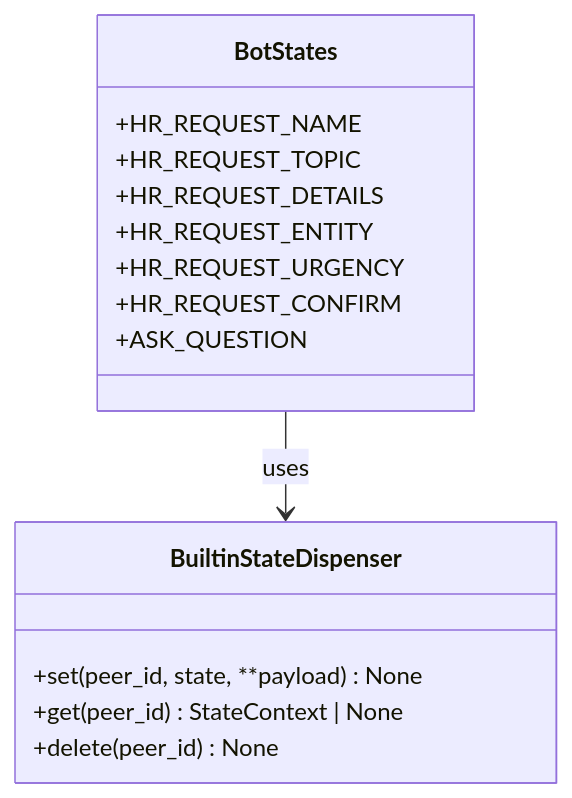
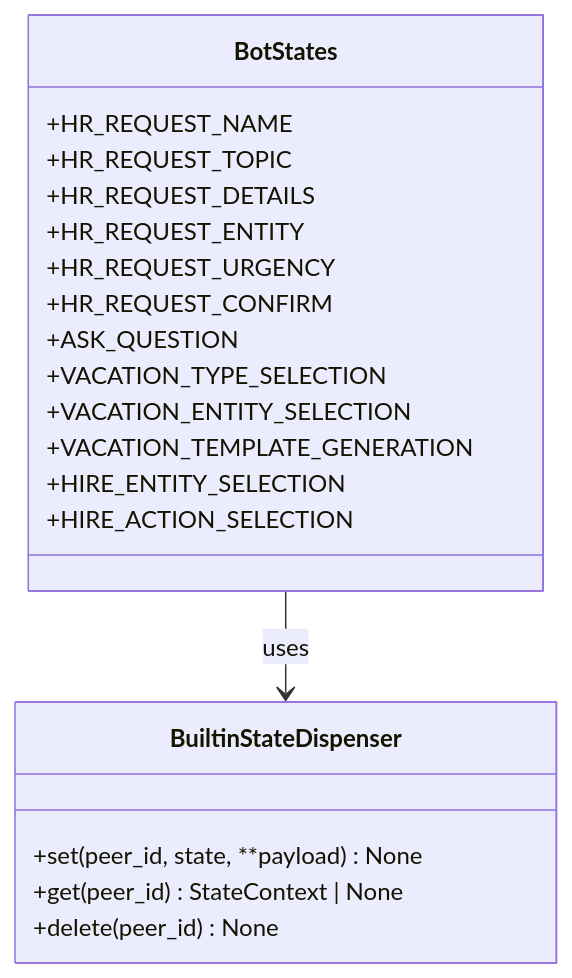
Diagram 12 of 16 in .qoder/repowiki/en/content/VK Integration/VK Integration.md (ognelis/cafetera_hr_bot), drawn with Mermaid before and after one commit. The commit also changed other lines of this file and 26 other files, not shown here.

````diff
--- a/.qoder/repowiki/en/content/VK Integration/VK Integration.md
+++ b/.qoder/repowiki/en/content/VK Integration/VK Integration.md
@@ -645,18 +705,23 @@
 ```mermaid
 classDiagram
 class BotStates {
 +HR_REQUEST_NAME
 +HR_REQUEST_TOPIC
 +HR_REQUEST_DETAILS
 +HR_REQUEST_ENTITY
 +HR_REQUEST_URGENCY
 +HR_REQUEST_CONFIRM
 +ASK_QUESTION
++VACATION_TYPE_SELECTION
++VACATION_ENTITY_SELECTION
++VACATION_TEMPLATE_GENERATION
++HIRE_ENTITY_SELECTION
++HIRE_ACTION_SELECTION
 }
 class BuiltinStateDispenser {
 +set(peer_id, state, **payload) None
 +get(peer_id) StateContext | None
 +delete(peer_id) None
 }
 BotStates --> BuiltinStateDispenser : uses
 ```
````
